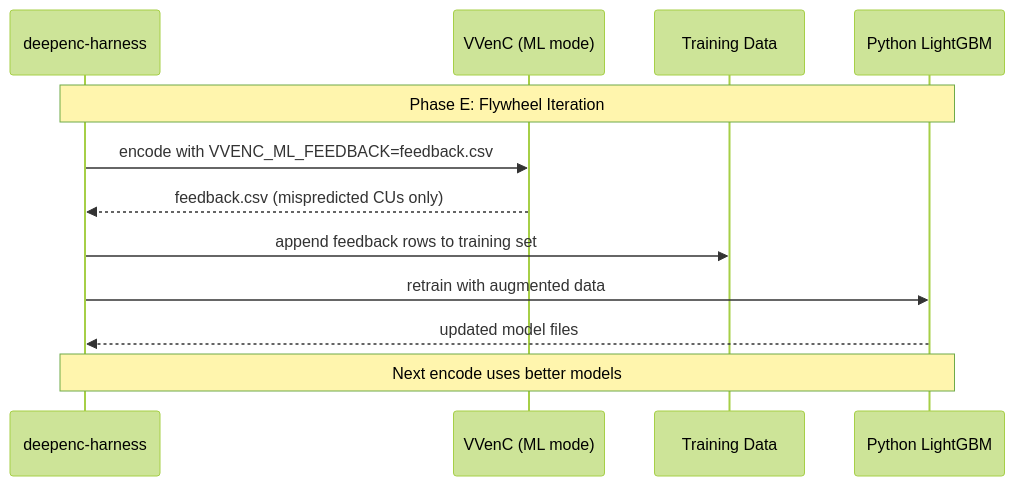
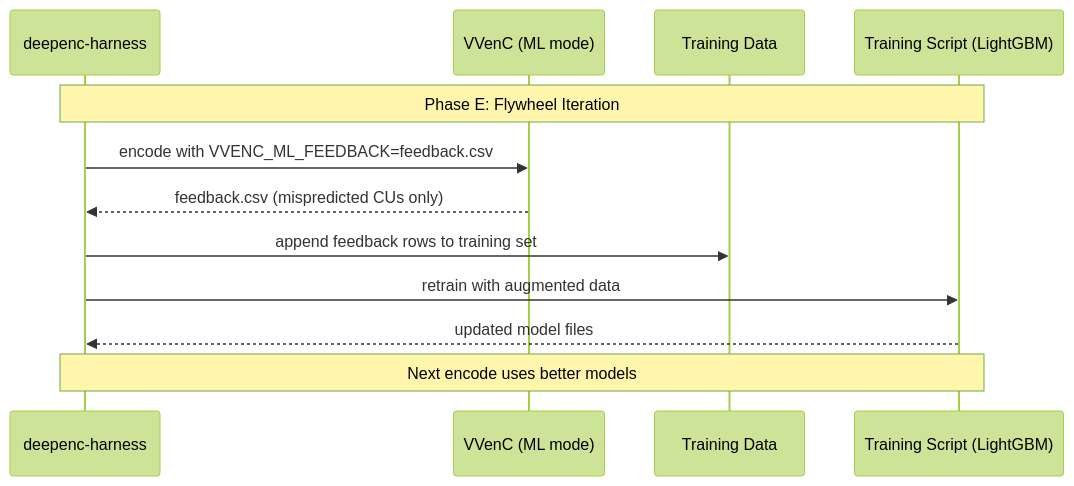
One commit to opensassi/deepenc-harness changed the second of 5 diagrams in technical-specification.md. Above: the diagram before and after it, drawn with Mermaid (forest theme). The commit also changed other lines of this file and 9 other files, not shown here.

Commit message:
implement ml training harness

````diff
--- a/technical-specification.md
+++ b/technical-specification.md
@@ -60,15 +59,15 @@
 ```mermaid
 sequenceDiagram
     participant Harness as deepenc-harness
     participant VVenC as VVenC (ML mode)
     participant CSV as Training Data
-    participant Python as Python LightGBM
+    participant TrainingScript as Training Script (LightGBM)
 
-    Note over Harness,Python: Phase E: Flywheel Iteration
+    Note over Harness,TrainingScript: Phase E: Flywheel Iteration
     Harness->>VVenC: encode with VVENC_ML_FEEDBACK=feedback.csv
     VVenC-->>Harness: feedback.csv (mispredicted CUs only)
     Harness->>CSV: append feedback rows to training set
-    Harness->>Python: retrain with augmented data
-    Python-->>Harness: updated model files
-    Note over Harness,Python: Next encode uses better models
+    Harness->>TrainingScript: retrain with augmented data
+    TrainingScript-->>Harness: updated model files
+    Note over Harness,TrainingScript: Next encode uses better models
 ```
````
